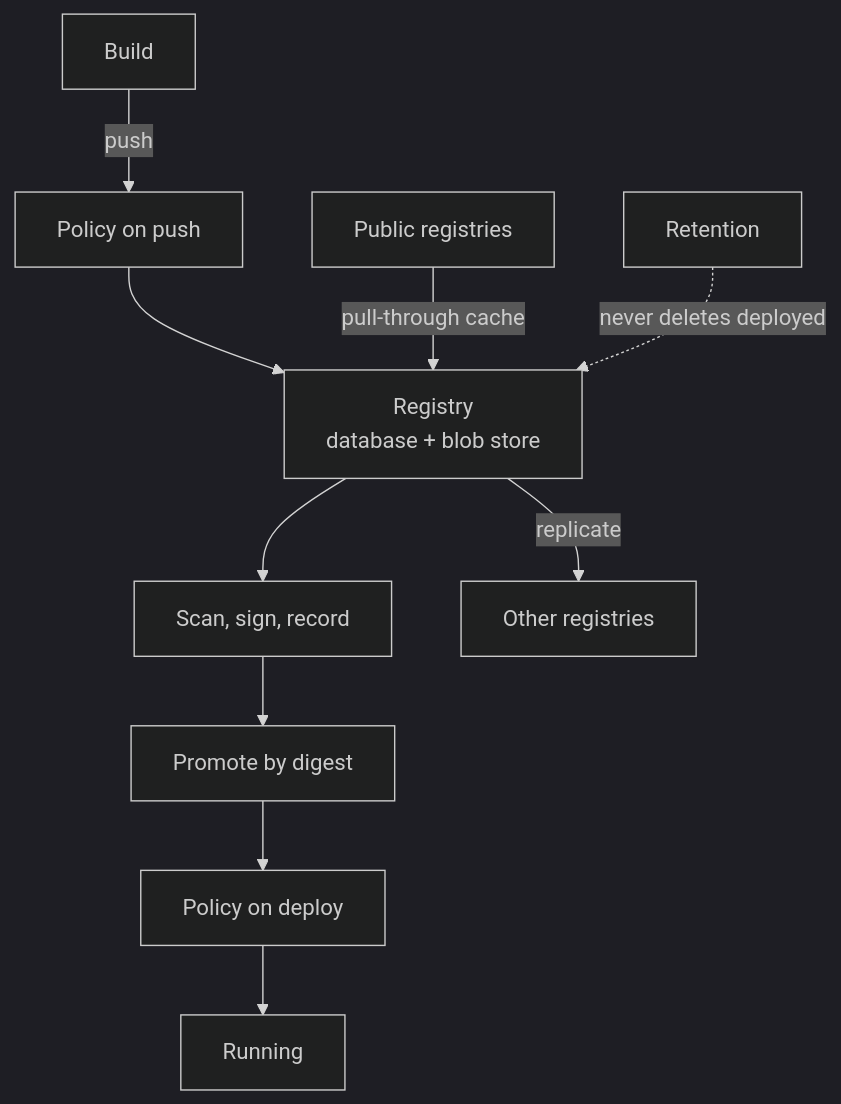
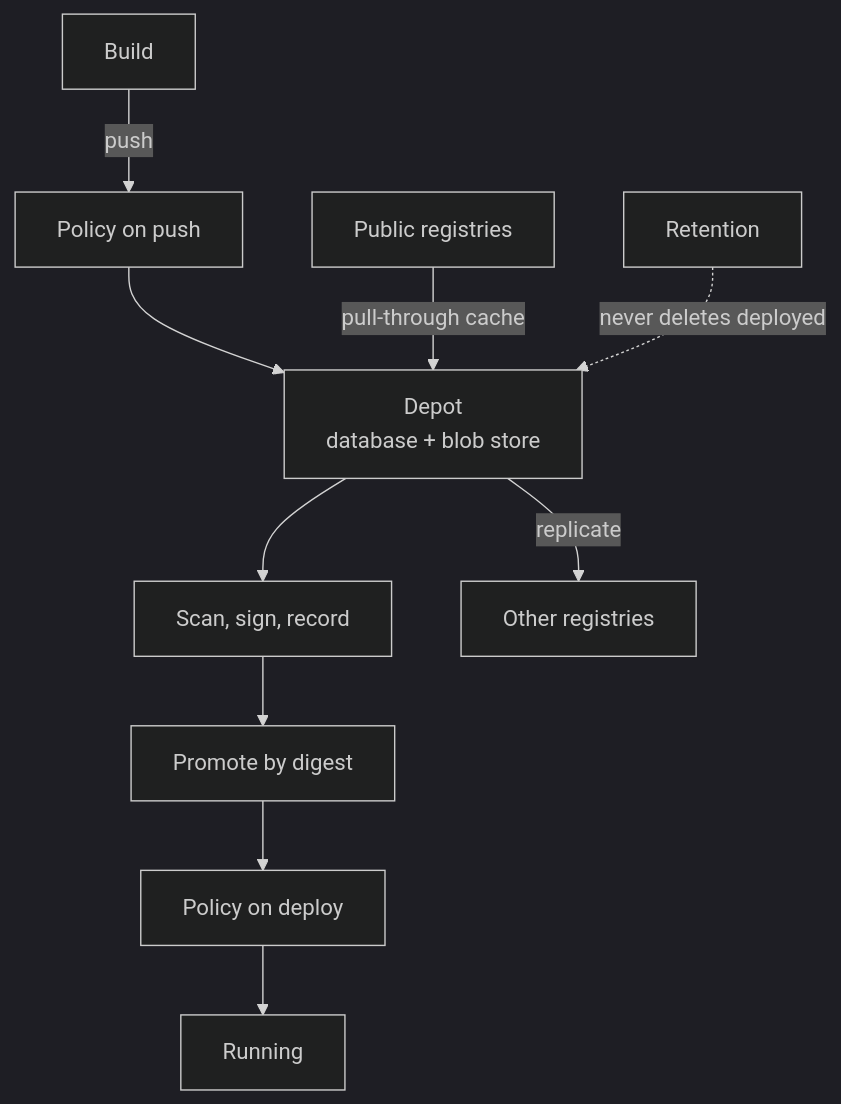
Before and after one commit to JK-Magic-Creations/launchway: the diagram in docs/roadmap/milestone-4.md, drawn with Mermaid (dark theme). The commit also changed other lines of this file and 315 other files, not shown here.

````diff
--- a/docs/roadmap/milestone-4.md
+++ b/docs/roadmap/milestone-4.md
@@ -26,12 +26,12 @@
 ```mermaid
 flowchart TD
   Build["Build"] -->|push| Gate["Policy on push"]
-  Gate --> Store["Registry<br/>database + blob store"]
+  Gate --> Store["Depot<br/>database + blob store"]
   Store --> Scan["Scan, sign, record"]
   Scan --> Promote["Promote by digest"]
   Promote --> Deploy["Policy on deploy"]
   Deploy --> Run["Running"]
   Public["Public registries"] -->|pull-through cache| Store
   Store -->|replicate| Other["Other registries"]
   Retention["Retention"] -.->|never deletes deployed| Store
 ```
````
